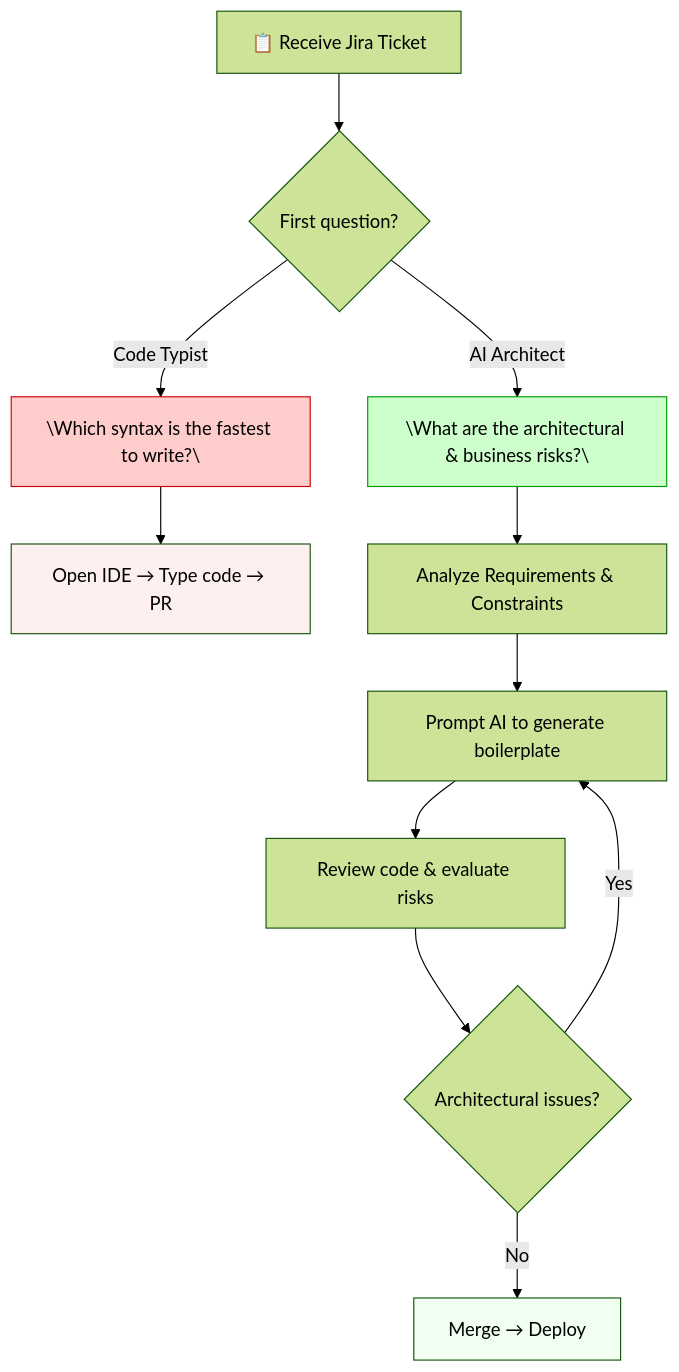
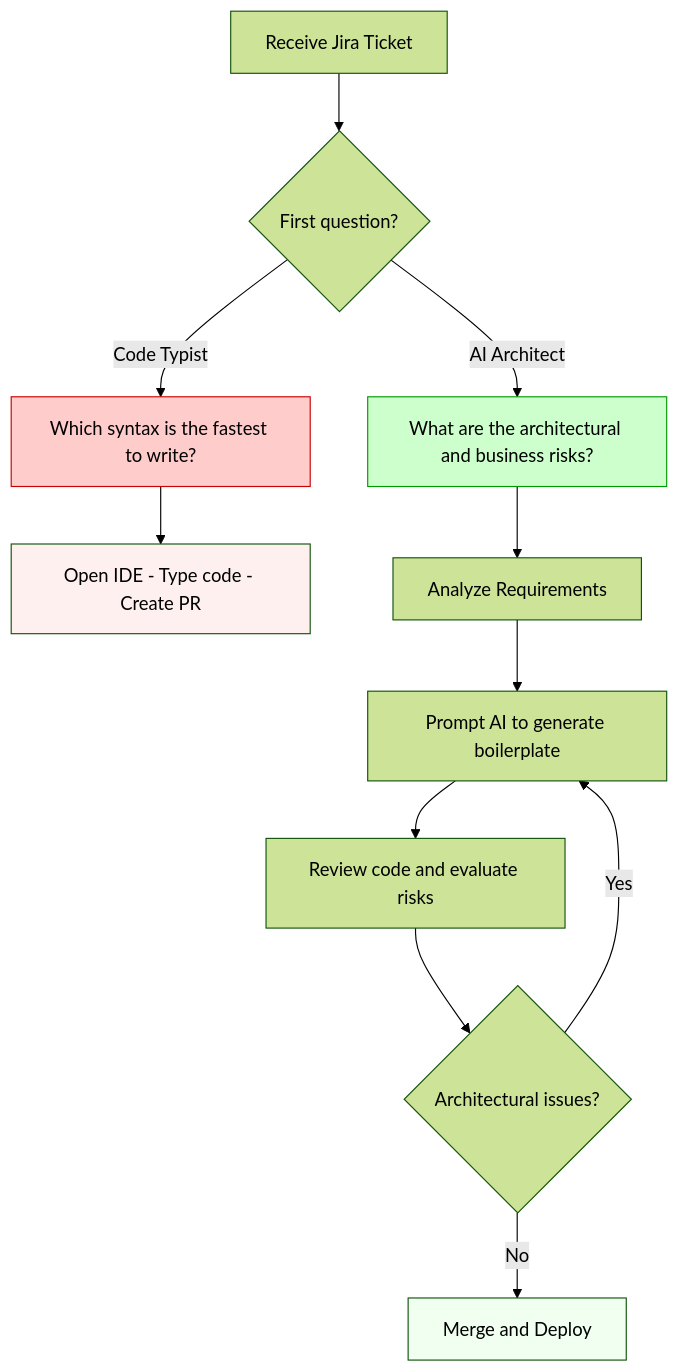
One commit to vesviet/vesviet changed the diagram in content/series/ai-driven-engineer/part-1-the-death-of-code-typists.md. Above: the diagram before and after it, drawn with Mermaid (forest theme). The commit also changed 1 other file, not shown here.

Commit message:
fix: remove emojis and special chars from mermaid diagrams

````diff
--- a/content/series/ai-driven-engineer/part-1-the-death-of-code-typists.md
+++ b/content/series/ai-driven-engineer/part-1-the-death-of-code-typists.md
@@ -58,21 +58,21 @@
 ```mermaid
 flowchart TD
-    A["📋 Receive Jira Ticket"] --> B{First question?}
+    A[Receive Jira Ticket] --> B{First question?}
 
-    B -->|Code Typist| C["\"Which syntax is the fastest to write?\""]
-    B -->|AI Architect| D["\"What are the architectural & business risks?\""]
+    B -->|Code Typist| C[Which syntax is the fastest to write?]
+    B -->|AI Architect| D[What are the architectural and business risks?]
 
-    C --> E["Open IDE → Type code → PR"]
-    D --> F[Analyze Requirements & Constraints]
+    C --> E[Open IDE - Type code - Create PR]
+    D --> F[Analyze Requirements]
 
     F --> G[Prompt AI to generate boilerplate]
-    G --> H[Review code & evaluate risks]
+    G --> H[Review code and evaluate risks]
     H --> I{Architectural issues?}
     I -->|Yes| G
-    I -->|No| J["Merge → Deploy"]
+    I -->|No| J[Merge and Deploy]
 
     style C fill:#ffcccc,stroke:#cc0000
     style D fill:#ccffcc,stroke:#009900
     style E fill:#fff0f0
     style J fill:#f0fff0
 ```
````
